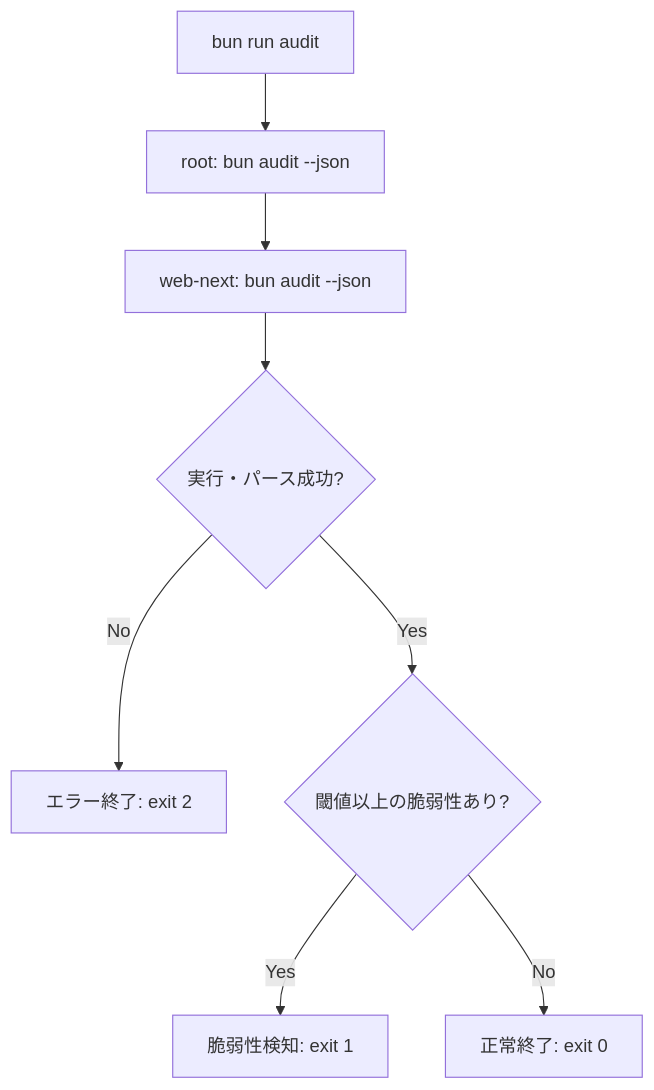
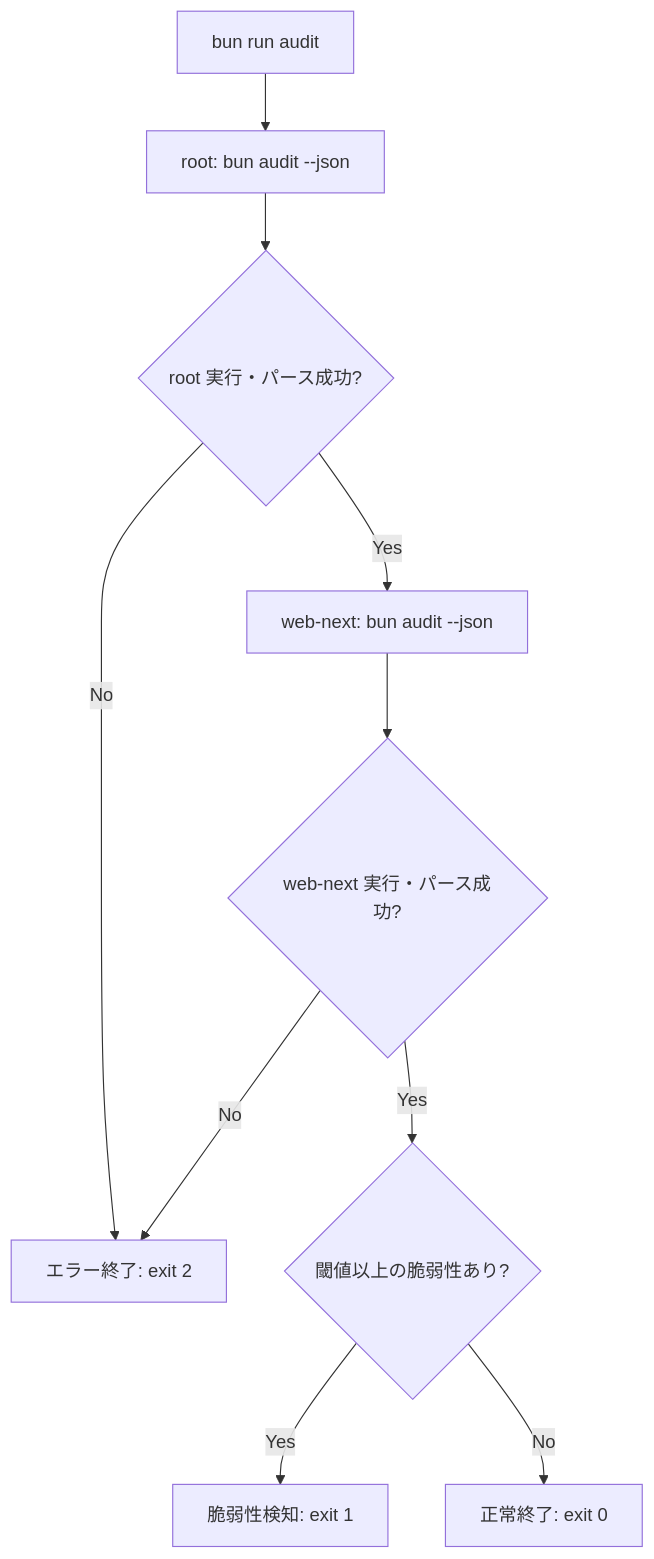
The diagram in CLAUDE.md (myoshi2891/Software-Design-and-Architecture), drawn with Mermaid before and after one commit. The commit also changed 1 other file, not shown here.

Commit message:
docs: update audit flow diagrams in CLAUDE.md and GEMINI.md

````diff
--- a/CLAUDE.md
+++ b/CLAUDE.md
@@ -55,10 +55,12 @@
 ```mermaid
 flowchart TD
     Start[bun run audit] --> AuditRoot[root: bun audit --json]
-    AuditRoot --> AuditWebNext[web-next: bun audit --json]
-    AuditWebNext --> ExecCheck{実行・パース成功?}
-    ExecCheck -- No --> Exit2[エラー終了: exit 2]
-    ExecCheck -- Yes --> ThresholdCheck{閾値以上の脆弱性あり?}
+    AuditRoot --> CheckRoot{root 実行・パース成功?}
+    CheckRoot -- No --> Exit2[エラー終了: exit 2]
+    CheckRoot -- Yes --> AuditWebNext[web-next: bun audit --json]
+    AuditWebNext --> CheckWebNext{web-next 実行・パース成功?}
+    CheckWebNext -- No --> Exit2
+    CheckWebNext -- Yes --> ThresholdCheck{閾値以上の脆弱性あり?}
     ThresholdCheck -- Yes --> Exit1[脆弱性検知: exit 1]
     ThresholdCheck -- No --> Exit0[正常終了: exit 0]
 ```
````
